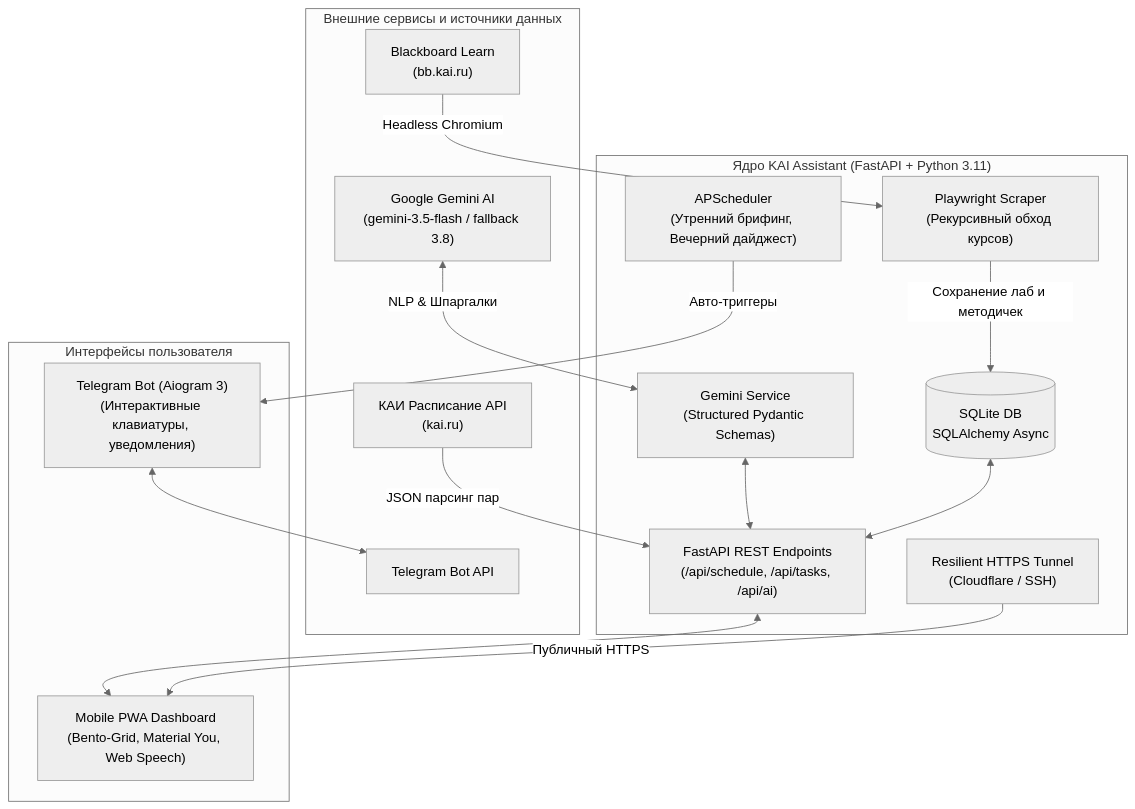
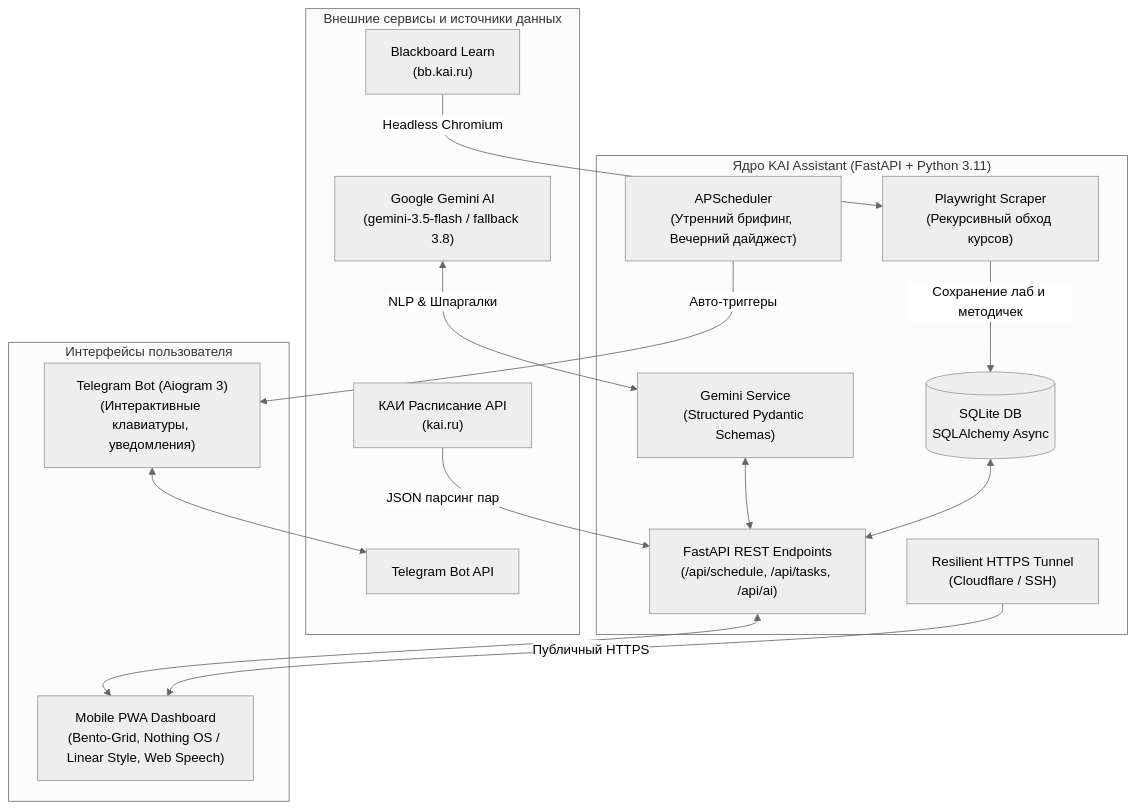
One commit to dxusx/kai-student-os changed the diagram in README.md. Above: the diagram before and after it, drawn with Mermaid (neutral theme). The commit also changed other lines of this file and 9 other files, not shown here.

````diff
--- a/README.md
+++ b/README.md
@@ -83,34 +83,34 @@
 ```mermaid
 flowchart TD
     subgraph External ["Внешние сервисы и источники данных"]
         KAI["КАИ Расписание API<br/>(kai.ru)"]
         BB["Blackboard Learn<br/>(bb.kai.ru)"]
         GEMINI["Google Gemini AI<br/>(gemini-3.5-flash / fallback 3.8)"]
         TG_API["Telegram Bot API"]
     end
 
     subgraph Backend ["Ядро KAI Assistant (FastAPI + Python 3.11)"]
         SCHED["APScheduler<br/>(Утренний брифинг, Вечерний дайджест)"]
         CRAWLER["Playwright Scraper<br/>(Рекурсивный обход курсов)"]
         AI_SVC["Gemini Service<br/>(Structured Pydantic Schemas)"]
         TUNNEL["Resilient HTTPS Tunnel<br/>(Cloudflare / SSH)"]
         DB[(SQLite DB<br/>SQLAlchemy Async)]
         API["FastAPI REST Endpoints<br/>(/api/schedule, /api/tasks, /api/ai)"]
     end
 
     subgraph Frontend ["Интерфейсы пользователя"]
-        PWA["Mobile PWA Dashboard<br/>(Bento-Grid, Material You, Web Speech)"]
+        PWA["Mobile PWA Dashboard<br/>(Bento-Grid, Nothing OS / Linear Style, Web Speech)"]
         BOT["Telegram Bot (Aiogram 3)<br/>(Интерактивные клавиатуры, уведомления)"]
     end
 
     KAI -->|JSON парсинг пар| API
     BB -->|Headless Chromium| CRAWLER
     CRAWLER -->|Сохранение лаб и методичек| DB
     GEMINI <-->|NLP & Шпаргалки| AI_SVC
     AI_SVC <--> API
     DB <--> API
     SCHED -->|Авто-триггеры| BOT
     API <--> PWA
     BOT <--> TG_API
     TUNNEL -->|Публичный HTTPS| PWA
 ```
````
